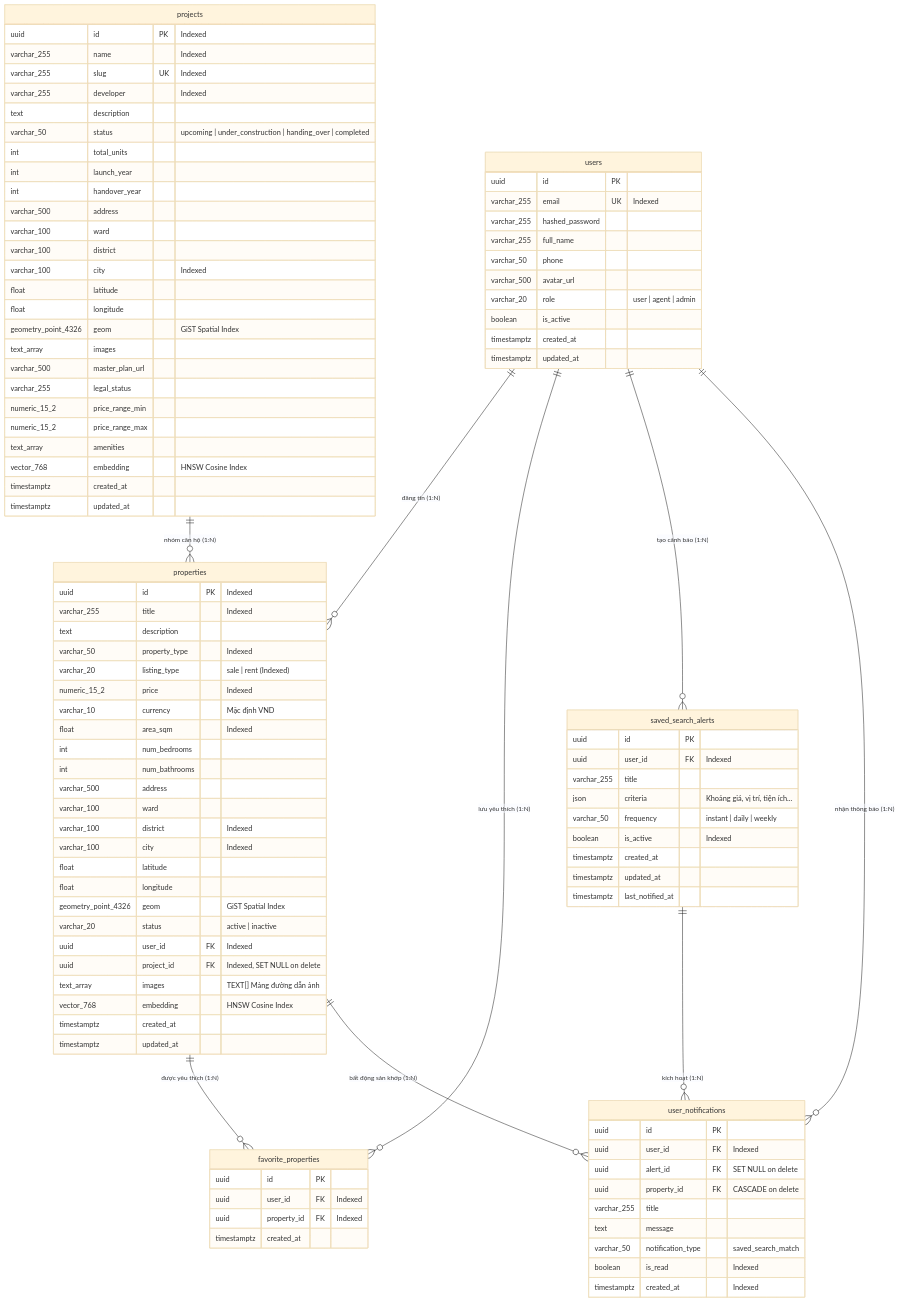
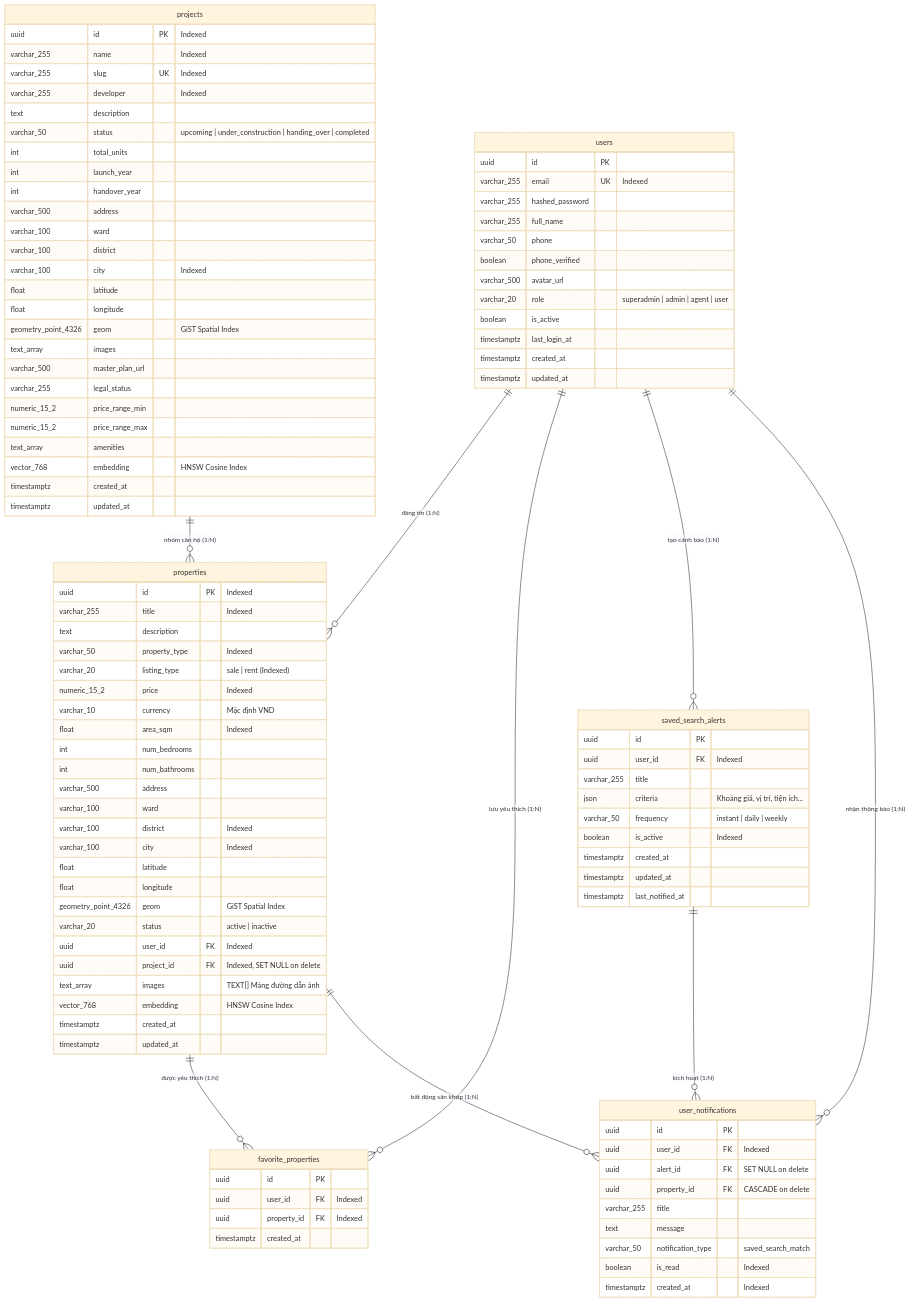
Before and after one commit to hellendaothanh/Space247: the diagram in docs/database-design.md, drawn with Mermaid (base theme). The commit also changed other lines of this file and 31 other files, not shown here.

Commit message:
feat: implement superadmin RBAC for comprehensive user management and administrative operations

```diff
--- a/docs/database-design.md
+++ b/docs/database-design.md
@@ -51,9 +51,11 @@
         varchar_255 hashed_password
         varchar_255 full_name
         varchar_50 phone
+        boolean phone_verified
         varchar_500 avatar_url
-        varchar_20 role "user | agent | admin"
+        varchar_20 role "superadmin | admin | agent | user"
         boolean is_active
+        timestamptz last_login_at
         timestamptz created_at
         timestamptz updated_at
     }
```
